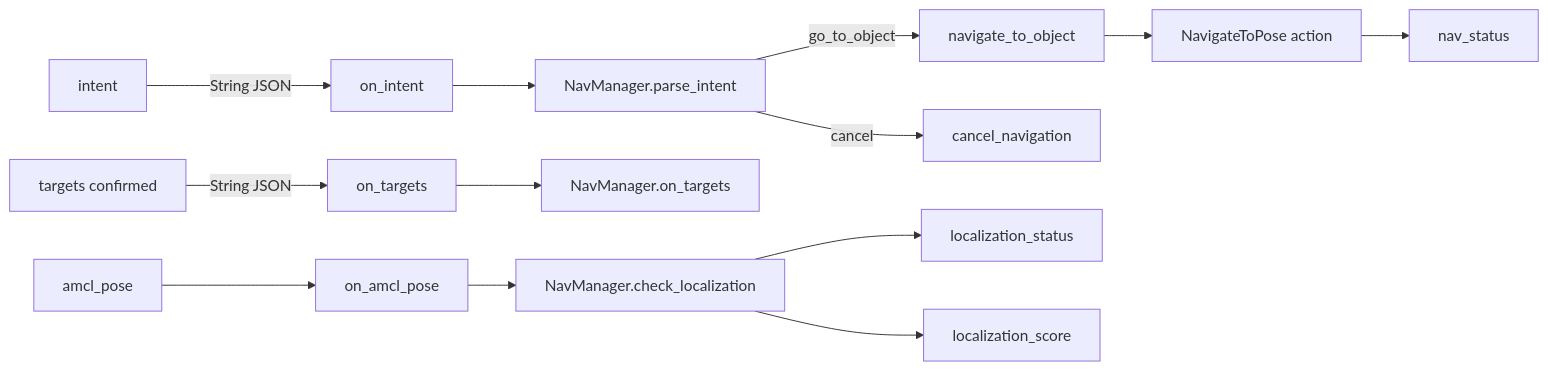
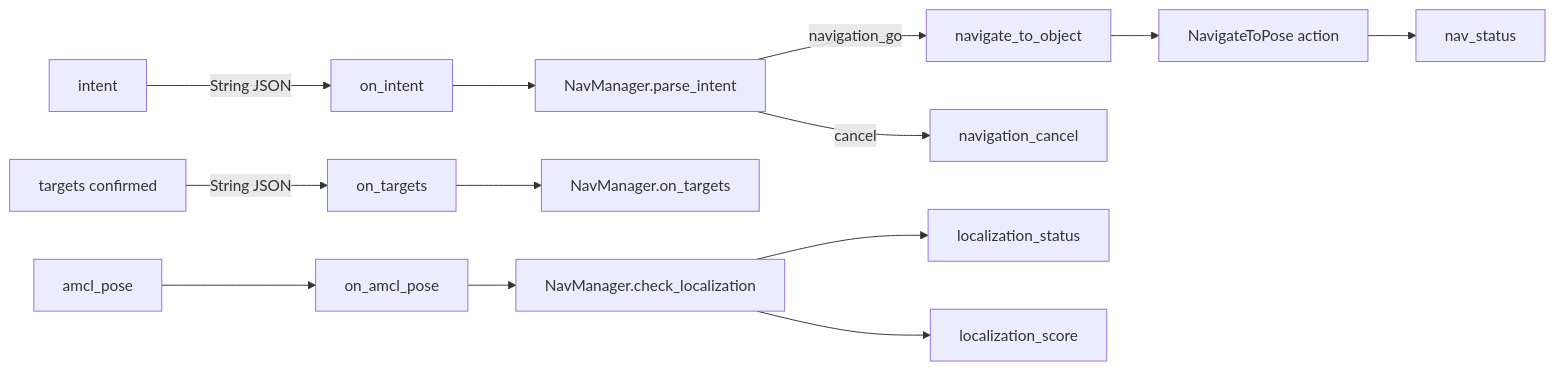
The first of 2 diagrams in 01-literate/03-nav_manager_node.md (Boston-Robot-Hackers/dome_nav), drawn with Mermaid before and after one commit. The commit also changed other lines of this file and 24 other files, not shown here.

````diff
--- a/01-literate/03-nav_manager_node.md
+++ b/01-literate/03-nav_manager_node.md
@@ -17,15 +17,15 @@
 ```mermaid
 flowchart LR
     A[intent] -->|String JSON| B[on_intent]
     C[targets confirmed] -->|String JSON| D[on_targets]
     B --> E[NavManager.parse_intent]
     D --> F[NavManager.on_targets]
-    E -->|go_to_object| G[navigate_to_object]
-    E -->|cancel| H[cancel_navigation]
+    E -->|navigation_go| G[navigate_to_object]
+    E -->|cancel| H[navigation_cancel]
     G --> I[NavigateToPose action]
     I --> J[nav_status]
     K[amcl_pose] --> L[on_amcl_pose]
     L --> M[NavManager.check_localization]
     M --> N[localization_status]
     M --> O[localization_score]
 ```
````
